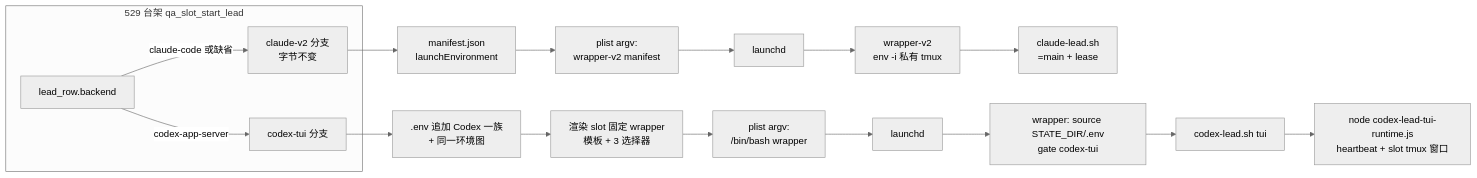
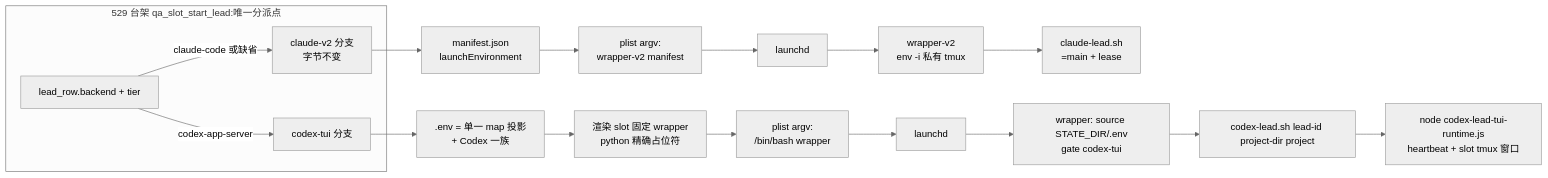
Before and after one commit to xrliAnnie/flywheel-qa-sandbox: the first of 3 diagrams in engineering/doc/FLY-2301-codex-lead-bench/plan.md, drawn with Mermaid (neutral theme). The commit also changed other lines of this file, not shown here.

First line of the commit message:
docs: FLY-2301 plan rev2 — apply Codex R1 design review findings

````diff
--- a/engineering/doc/FLY-2301-codex-lead-bench/plan.md
+++ b/engineering/doc/FLY-2301-codex-lead-bench/plan.md
@@ -47,9 +46,9 @@
 ```mermaid
 flowchart LR
-  subgraph bench[529 台架 qa_slot_start_lead]
-    R[lead_row.backend] -->|claude-code 或缺省| C0[claude-v2 分支<br/>字节不变]
+  subgraph bench[529 台架 qa_slot_start_lead:唯一分派点]
+    R[lead_row.backend + tier] -->|claude-code 或缺省| C0[claude-v2 分支<br/>字节不变]
     R -->|codex-app-server| X0[codex-tui 分支]
   end
   C0 --> C1[manifest.json<br/>launchEnvironment] --> C2[plist argv:<br/>wrapper-v2 manifest] --> C3[launchd] --> C4[wrapper-v2<br/>env -i 私有 tmux] --> C5[claude-lead.sh<br/>=main + lease]
-  X0 --> X1[.env 追加 Codex 一族<br/>+ 同一环境图] --> X2[渲染 slot 固定 wrapper<br/>模板 + 3 选择器] --> X3[plist argv:<br/>/bin/bash wrapper] --> X4[launchd] --> X5[wrapper: source STATE_DIR/.env<br/>gate codex-tui] --> X6[codex-lead.sh tui] --> X7[node codex-lead-tui-runtime.js<br/>heartbeat + slot tmux 窗口]
+  X0 --> X1[.env = 单一 map 投影<br/>+ Codex 一族] --> X2[渲染 slot 固定 wrapper<br/>python 精确占位符] --> X3[plist argv:<br/>/bin/bash wrapper] --> X4[launchd] --> X5[wrapper: source STATE_DIR/.env<br/>gate codex-tui] --> X6[codex-lead.sh lead-id project-dir project] --> X7[node codex-lead-tui-runtime.js<br/>heartbeat + slot tmux 窗口]
 ```
````
